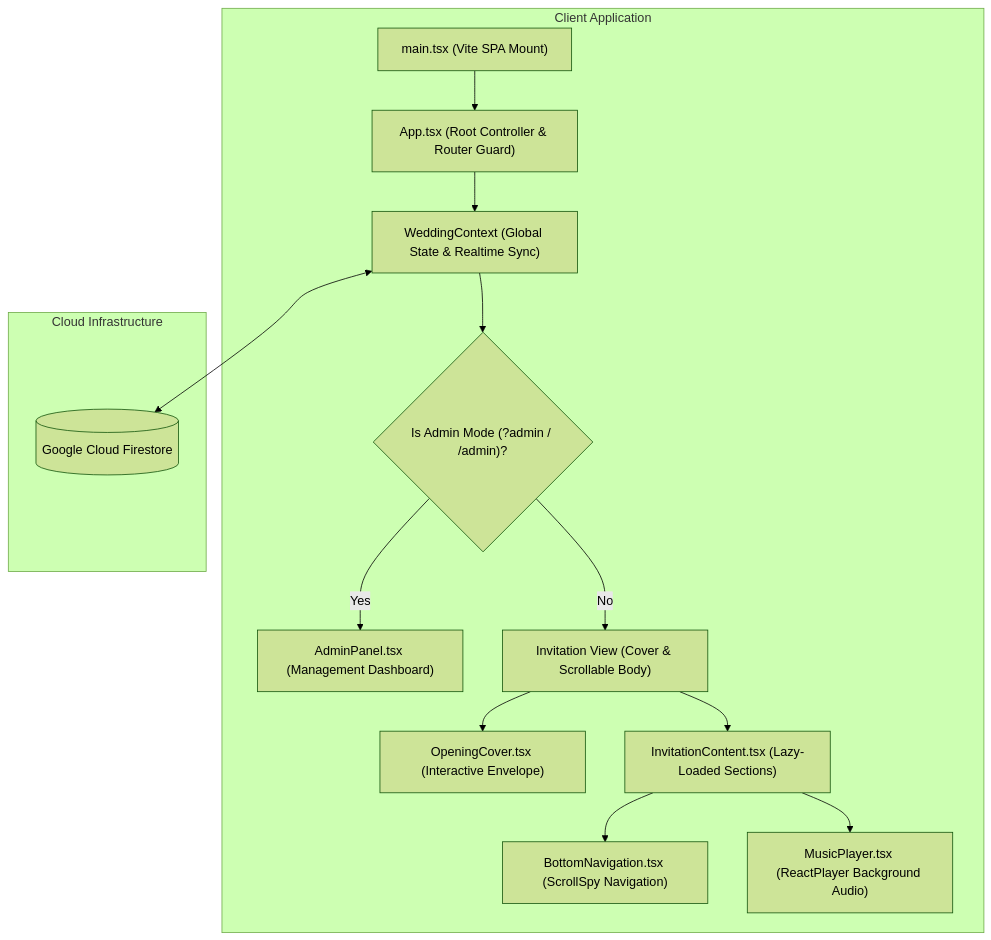
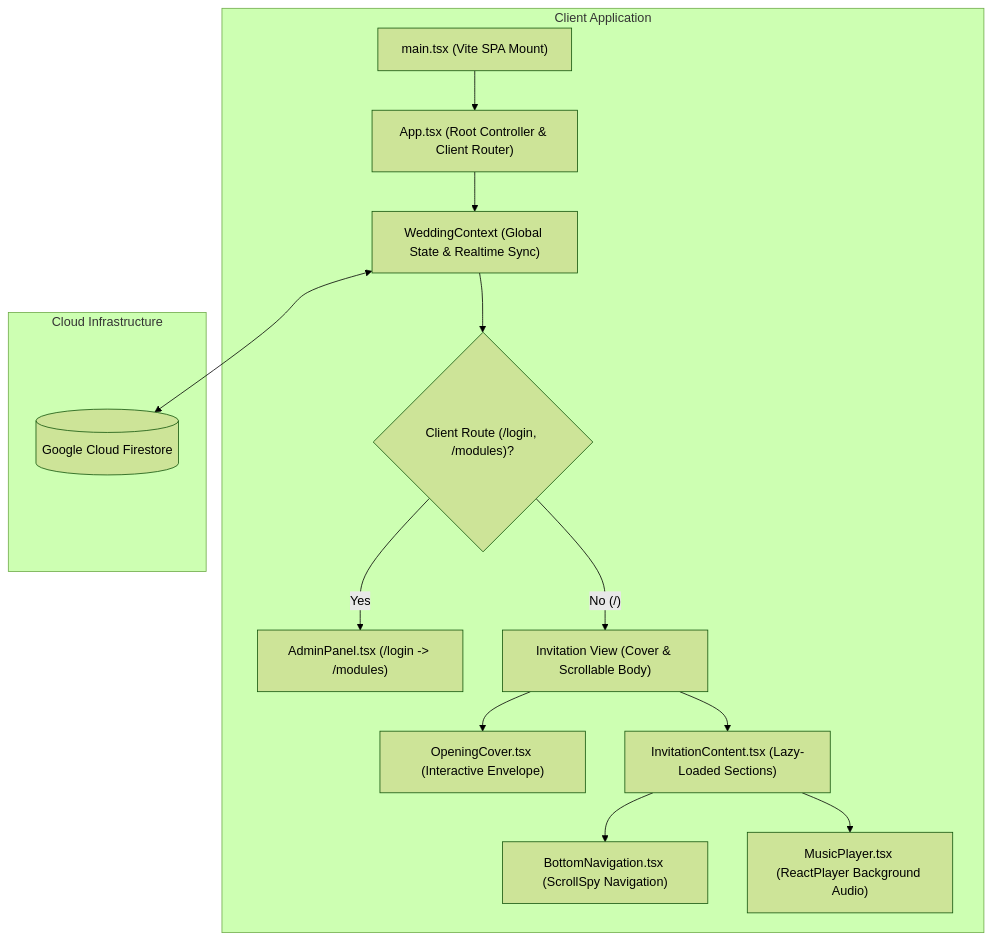
One commit to hndko/app_weddingbetawi_react changed the first of 2 diagrams in docs/03-developer-guide.md. Above: the diagram before and after it, drawn with Mermaid (forest theme). The commit also changed other lines of this file and 10 other files, not shown here.

Commit message:
feat(router): refactor admin to login and modules

````diff
--- a/docs/03-developer-guide.md
+++ b/docs/03-developer-guide.md
@@ -11,17 +11,17 @@
 ```mermaid
 graph TD
     subgraph Client Application
-        Entry["main.tsx (Vite SPA Mount)"] --> App["App.tsx (Root Controller & Router Guard)"]
+        Entry["main.tsx (Vite SPA Mount)"] --> App["App.tsx (Root Controller & Client Router)"]
         App --> Context["WeddingContext (Global State & Realtime Sync)"]
-        Context --> RouteGuard{"Is Admin Mode (?admin / /admin)?"}
-        RouteGuard -->|"Yes"| AdminPanel["AdminPanel.tsx (Management Dashboard)"]
-        RouteGuard -->|"No"| GuestView["Invitation View (Cover & Scrollable Body)"]
+        Context --> RouteGuard{"Client Route (/login, /modules)?"}
+        RouteGuard -->|"Yes"| AdminPanel["AdminPanel.tsx (/login -> /modules)"]
+        RouteGuard -->|"No (/)"| GuestView["Invitation View (Cover & Scrollable Body)"]
         GuestView --> Cover["OpeningCover.tsx (Interactive Envelope)"]
         GuestView --> Content["InvitationContent.tsx (Lazy-Loaded Sections)"]
         Content --> BottomNav["BottomNavigation.tsx (ScrollSpy Navigation)"]
         Content --> AudioEngine["MusicPlayer.tsx (ReactPlayer Background Audio)"]
     end
     subgraph Cloud Infrastructure
         Context <--> Firestore[("Google Cloud Firestore")]
     end
 ```
````
